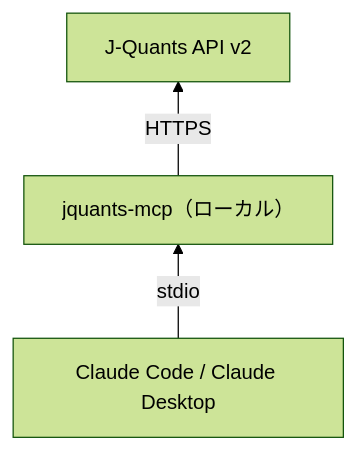
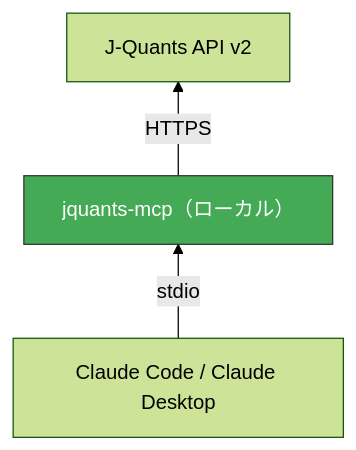
Before and after one commit to shigechika/jquants-mcp: the first of 5 diagrams in docs/deploy/README.ja.md, drawn with Mermaid (forest theme). The commit also changed other lines of this file and 2 other files, not shown here.

````diff
--- a/docs/deploy/README.ja.md
+++ b/docs/deploy/README.ja.md
@@ -14,9 +14,11 @@
 ```mermaid
 graph BT
     C["J-Quants API v2"]
     B["jquants-mcp（ローカル）"]
     A["Claude Code / Claude Desktop"]
 
     A -->|stdio| B
     B -->|HTTPS| C
+
+    style B fill:#4a5,stroke:#333,color:#fff
 ```
````
